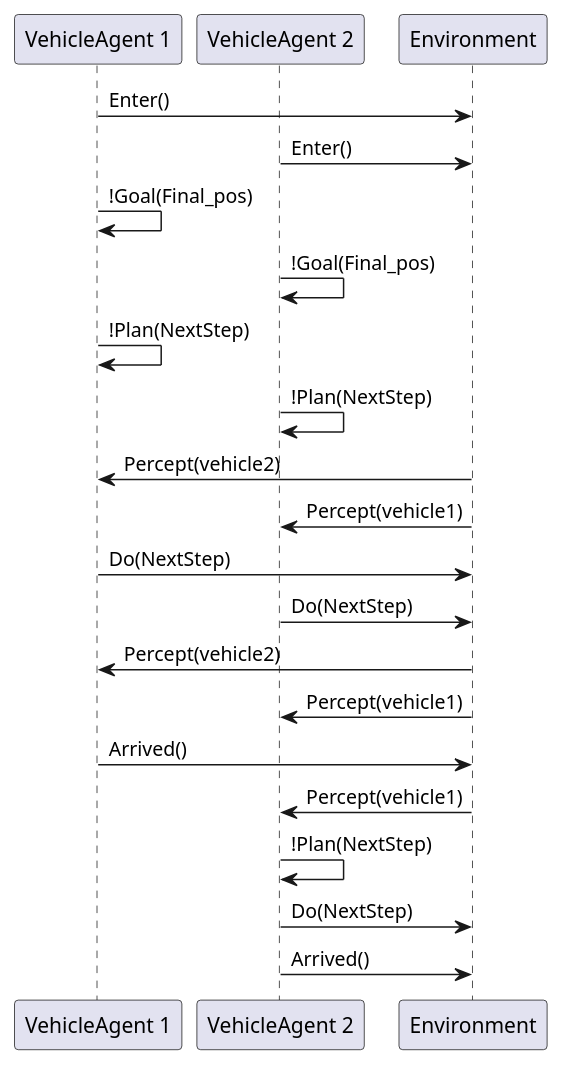
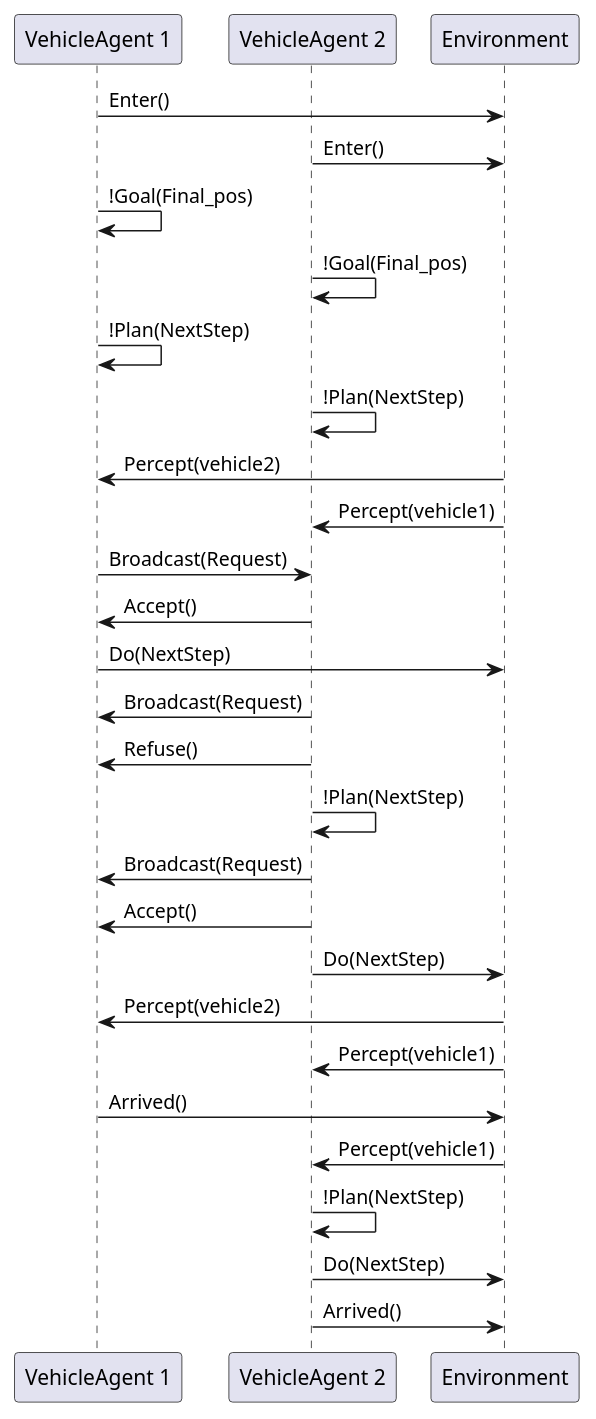
Before and after one commit to ZathSL/Multi-agent-intersection-Jason-: the diagram in intersection/src/sequence-diagram.puml, drawn with PlantUML. The commit also changed 8 other files, not shown here.

```diff
--- a/intersection/src/sequence-diagram.puml
+++ b/intersection/src/sequence-diagram.puml
@@ -1,24 +1,31 @@
 @startuml
 participant "VehicleAgent 1" as vehicle1
 participant "VehicleAgent 2" as vehicle2
 participant "Environment" as env
 
 vehicle1 -> env: Enter()
 vehicle2 -> env: Enter()
 vehicle1 -> vehicle1: !Goal(Final_pos)
 vehicle2 -> vehicle2: !Goal(Final_pos)
 vehicle1 -> vehicle1: !Plan(NextStep)
 vehicle2 -> vehicle2: !Plan(NextStep)
 env -> vehicle1: Percept(vehicle2)
 env -> vehicle2: Percept(vehicle1)
+vehicle1 -> vehicle2: Broadcast(Request)
+vehicle2 -> vehicle1: Accept()
 vehicle1 -> env: Do(NextStep)
+vehicle2 -> vehicle1: Broadcast(Request)
+vehicle2 -> vehicle1: Refuse()
+vehicle2 -> vehicle2: !Plan(NextStep)
+vehicle2 -> vehicle1: Broadcast(Request)
+vehicle2 -> vehicle1: Accept()
 vehicle2 -> env: Do(NextStep)
 env -> vehicle1: Percept(vehicle2)
 env -> vehicle2: Percept(vehicle1)
 vehicle1 -> env: Arrived()
 env -> vehicle2: Percept(vehicle1)
 vehicle2 -> vehicle2: !Plan(NextStep)
 vehicle2 -> env: Do(NextStep)
 vehicle2 -> env: Arrived()
 
 @enduml
```
